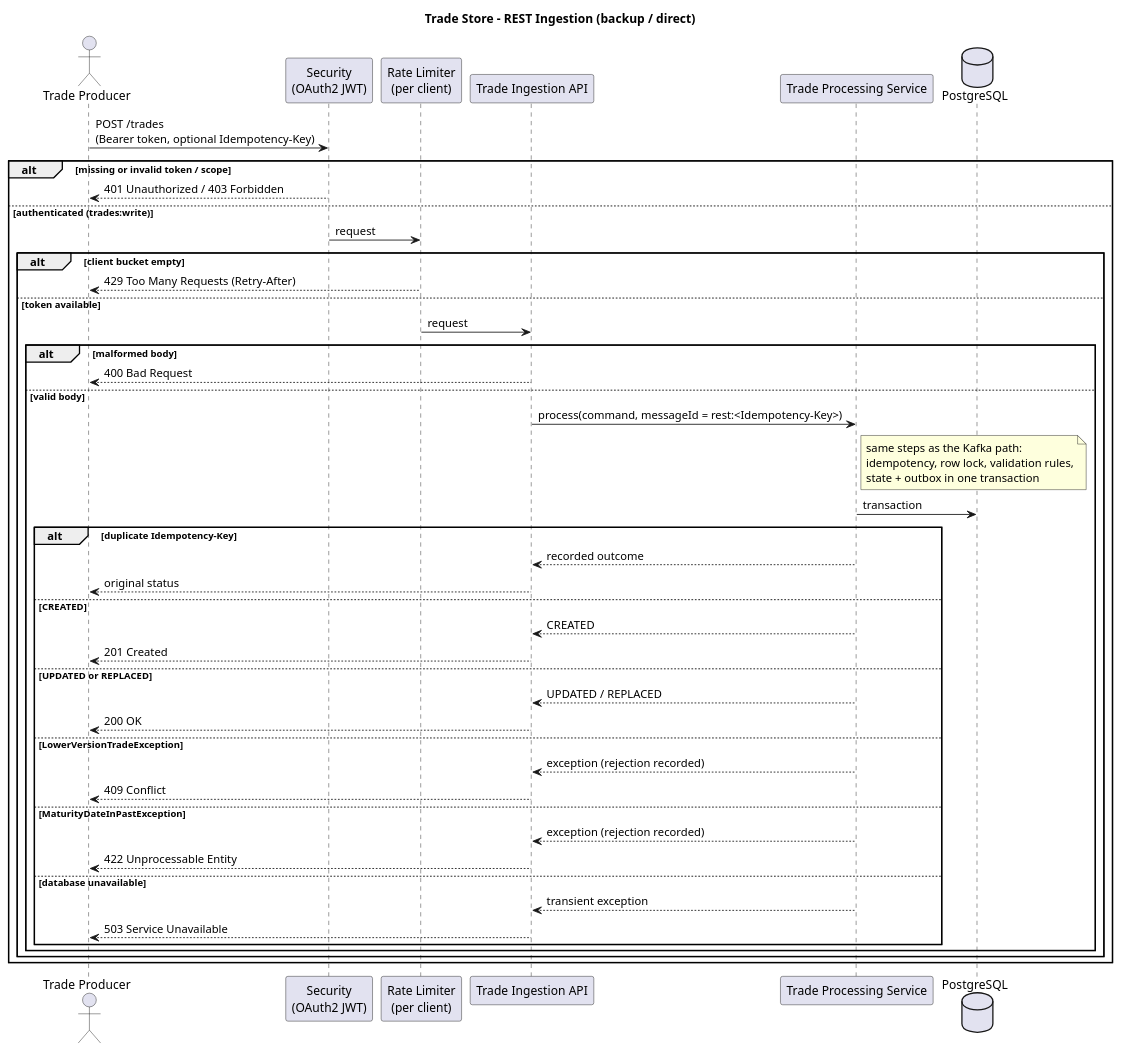
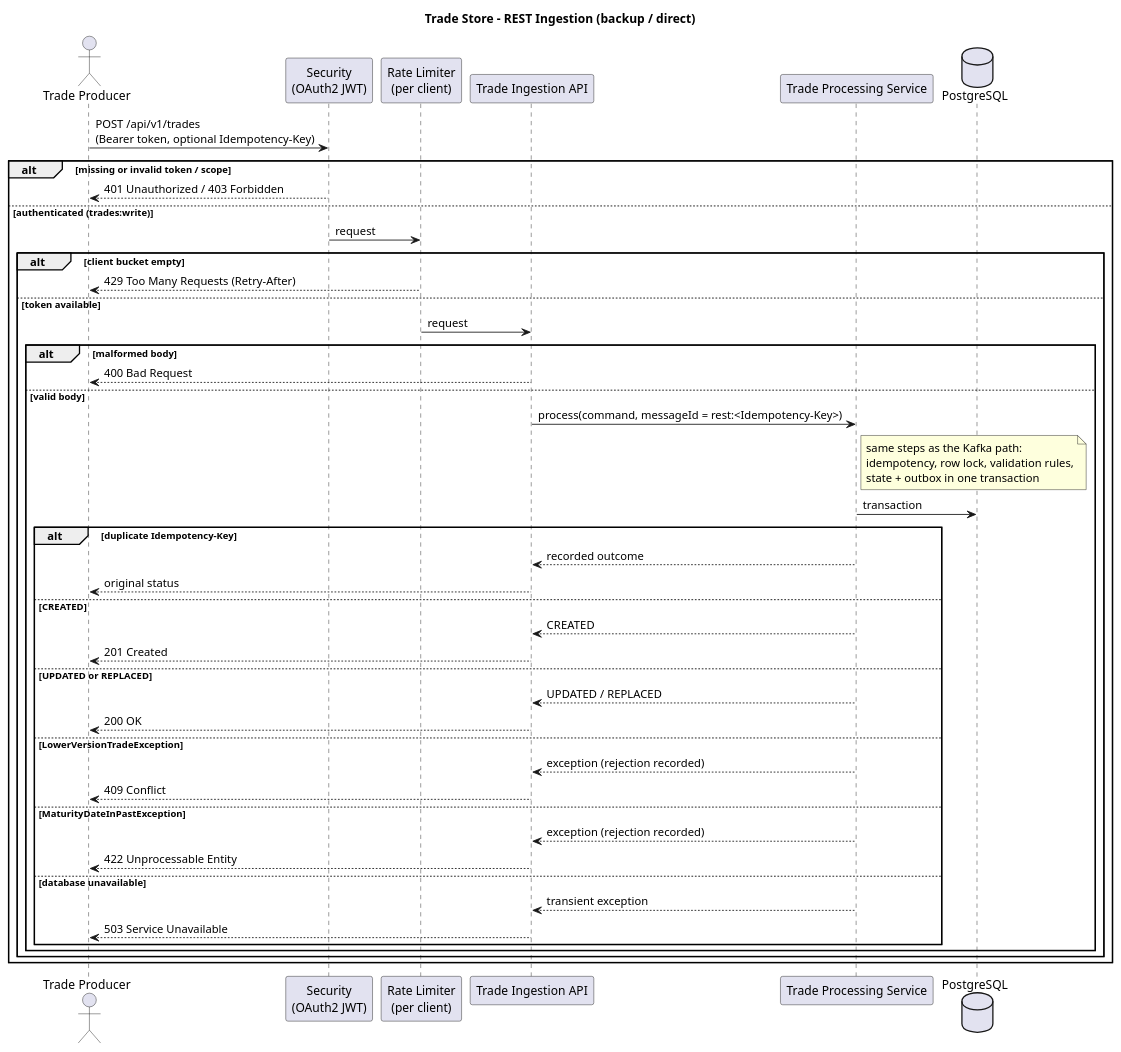
Before and after one commit to jabhijeet/trade-store: the diagram in docs/diagrams/sequence-rest-ingestion.puml, drawn with PlantUML. The commit also changed 70 other files, not shown here.

```diff
--- a/docs/diagrams/sequence-rest-ingestion.puml
+++ b/docs/diagrams/sequence-rest-ingestion.puml
@@ -1,48 +1,48 @@
 @startuml sequence-rest-ingestion
 title Trade Store - REST Ingestion (backup / direct)
 
 actor "Trade Producer" as producer
 participant "Security\n(OAuth2 JWT)" as security
 participant "Rate Limiter\n(per client)" as rateLimiter
 participant "Trade Ingestion API" as api
 participant "Trade Processing Service" as processing
 database "PostgreSQL" as postgres
 
-producer -> security : POST /trades\n(Bearer token, optional Idempotency-Key)
+producer -> security : POST /api/v1/trades\n(Bearer token, optional Idempotency-Key)
 alt missing or invalid token / scope
   security --> producer : 401 Unauthorized / 403 Forbidden
 else authenticated (trades:write)
   security -> rateLimiter : request
   alt client bucket empty
     rateLimiter --> producer : 429 Too Many Requests (Retry-After)
   else token available
     rateLimiter -> api : request
     alt malformed body
       api --> producer : 400 Bad Request
     else valid body
       api -> processing : process(command, messageId = rest:<Idempotency-Key>)
       note right of processing : same steps as the Kafka path:\nidempotency, row lock, validation rules,\nstate + outbox in one transaction
       processing -> postgres : transaction
       alt duplicate Idempotency-Key
         processing --> api : recorded outcome
         api --> producer : original status
       else CREATED
         processing --> api : CREATED
         api --> producer : 201 Created
       else UPDATED or REPLACED
         processing --> api : UPDATED / REPLACED
         api --> producer : 200 OK
       else LowerVersionTradeException
         processing --> api : exception (rejection recorded)
         api --> producer : 409 Conflict
       else MaturityDateInPastException
         processing --> api : exception (rejection recorded)
         api --> producer : 422 Unprocessable Entity
       else database unavailable
         processing --> api : transient exception
         api --> producer : 503 Service Unavailable
       end
     end
   end
 end
 @enduml
```
